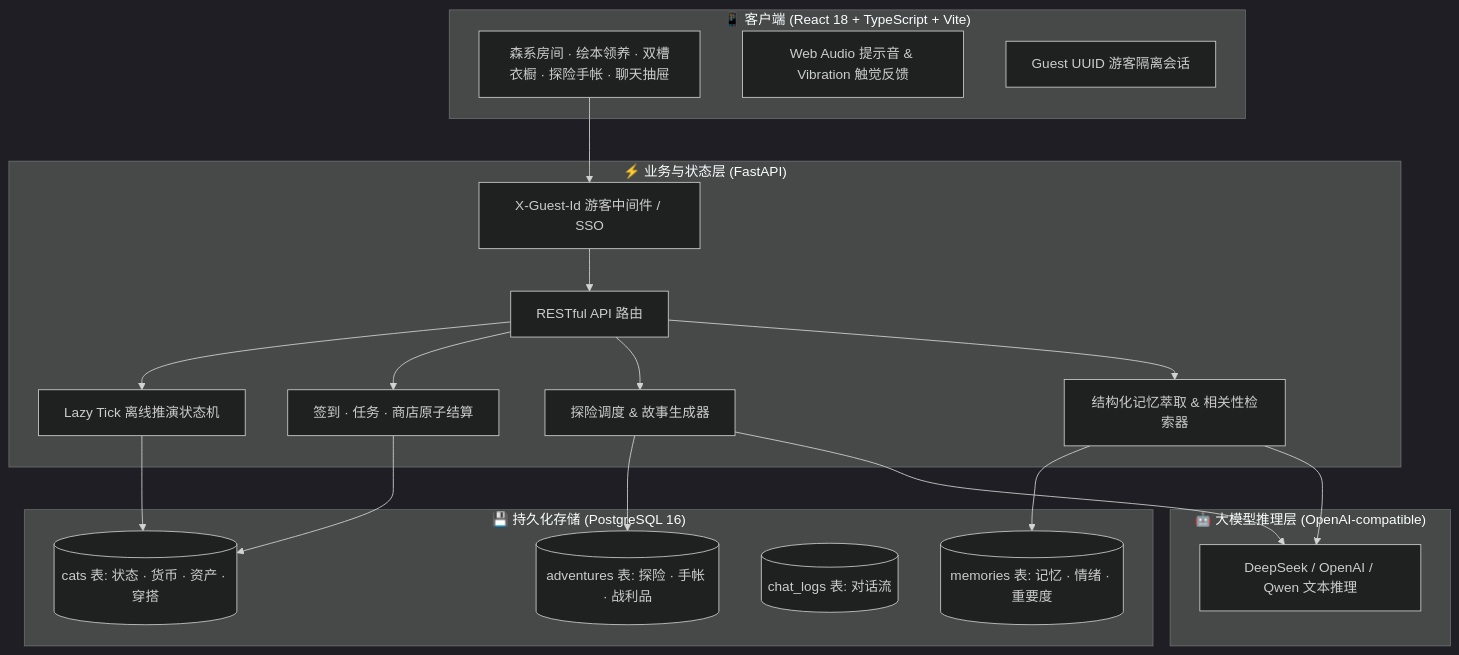
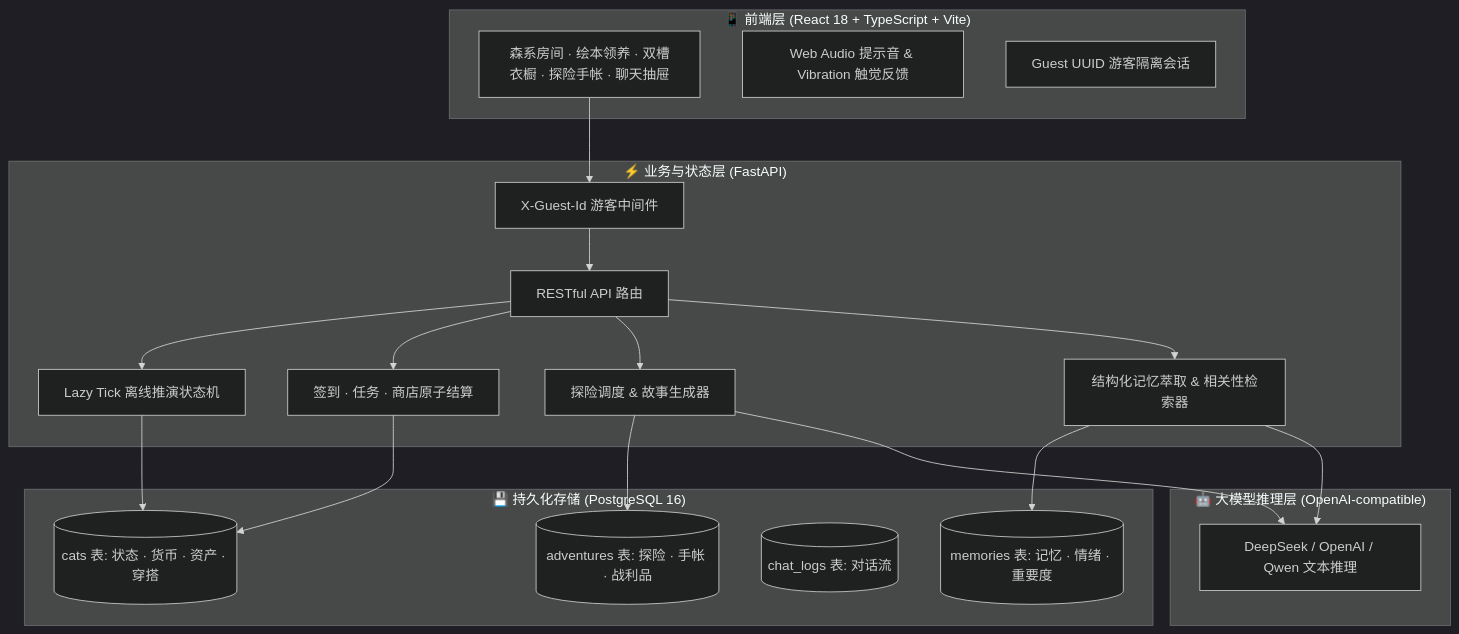
One commit to Sinera-kiki/meowlog-ai-companion changed the second of 2 diagrams in README.md. Above: the diagram before and after it, drawn with Mermaid (dark theme). The commit also changed other lines of this file, not shown here.

````diff
--- a/README.md
+++ b/README.md
@@ -109,37 +112,37 @@
 ```mermaid
 flowchart TB
-    subgraph Client["📱 客户端 (React 18 + TypeScript + Vite)"]
+    subgraph Client["📱 前端层 (React 18 + TypeScript + Vite)"]
         UI[森系房间 · 绘本领养 · 双槽衣橱 · 探险手帐 · 聊天抽屉]
         Sensory[Web Audio 提示音 & Vibration 触觉反馈]
         Guest[Guest UUID 游客隔离会话]
     end
 
     subgraph Server["⚡ 业务与状态层 (FastAPI)"]
         Router[RESTful API 路由]
-        Auth[X-Guest-Id 游客中间件 / SSO]
+        Auth[X-Guest-Id 游客中间件]
         StateEngine[Lazy Tick 离线推演状态机]
         QuestEngine[签到 · 任务 · 商店原子结算]
         AdventureEngine[探险调度 & 故事生成器]
         MemoryEngine[结构化记忆萃取 & 相关性检索器]
     end
 
     subgraph Storage["💾 持久化存储 (PostgreSQL 16)"]
         CatsTable[(cats 表: 状态 · 货币 · 资产 · 穿搭)]
         MemsTable[(memories 表: 记忆 · 情绪 · 重要度)]
         LogsTable[(chat_logs 表: 对话流)]
         AdvTable[(adventures 表: 探险 · 手帐 · 战利品)]
     end
 
     subgraph LLM["🤖 大模型推理层 (OpenAI-compatible)"]
         ChatModel[DeepSeek / OpenAI / Qwen 文本推理]
     end
 
     UI --> Auth
     Auth --> Router
     Router --> StateEngine --> CatsTable
     Router --> QuestEngine --> CatsTable
     Router --> AdventureEngine --> AdvTable
     Router --> MemoryEngine --> MemsTable
     AdventureEngine --> ChatModel
     MemoryEngine --> ChatModel
 ```
````
